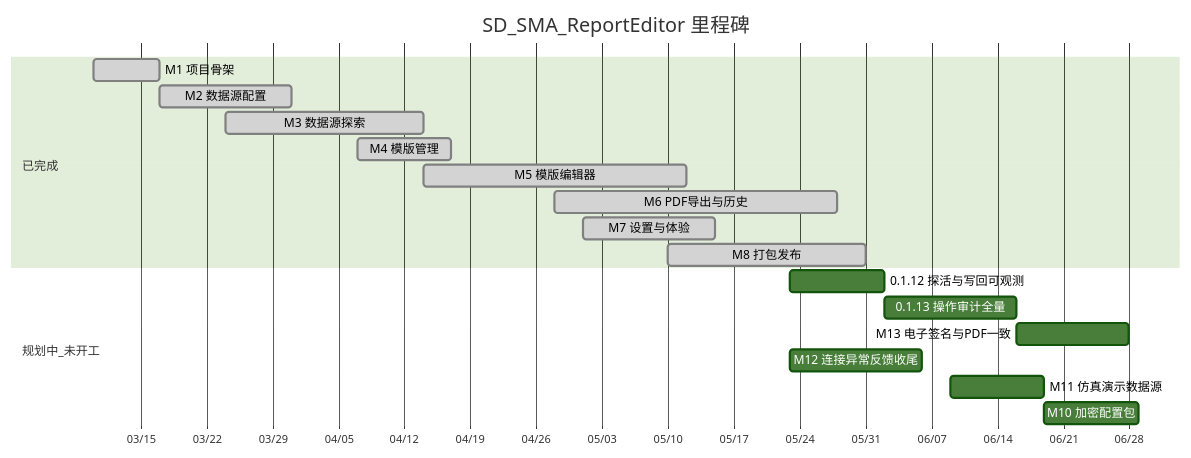
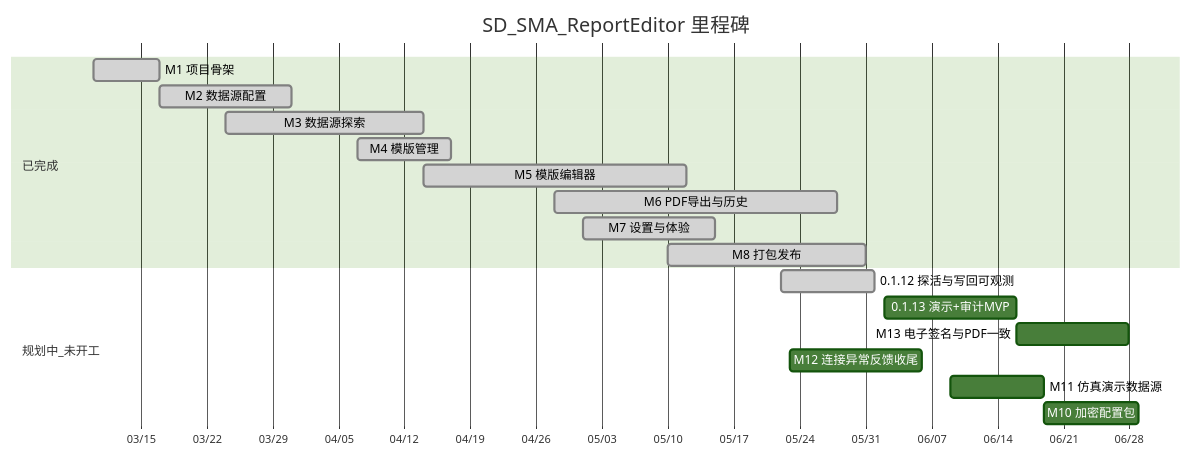
The first of 2 diagrams in _Prj/SD_SMA_ReportEditor/_Doc/002_里程碑与工单.md (cwjwudi/sma_data_collector), drawn with Mermaid (forest theme) before and after one commit. The commit also changed other lines of this file and 38 other files, not shown here.

````diff
--- a/_Prj/SD_SMA_ReportEditor/_Doc/002_里程碑与工单.md
+++ b/_Prj/SD_SMA_ReportEditor/_Doc/002_里程碑与工单.md
@@ -85,24 +120,24 @@
 ```mermaid
 gantt
     title SD_SMA_ReportEditor 里程碑
     dateFormat YYYY-MM-DD
     axisFormat %m/%d
 
     section 已完成
     M1 项目骨架           :done, m1, 2026-03-10, 7d
     M2 数据源配置         :done, m2, 2026-03-17, 14d
     M3 数据源探索         :done, m3, 2026-03-24, 21d
     M4 模版管理           :done, m4, 2026-04-07, 10d
     M5 模版编辑器         :done, m5, 2026-04-14, 28d
     M6 PDF导出与历史      :done, m6, 2026-04-28, 30d
     M7 设置与体验         :done, m7, 2026-05-01, 14d
     M8 打包发布           :done, m8, 2026-05-10, 21d
 
     section 规划中_未开工
-    0.1.12 探活与写回可观测 :v112, 2026-05-23, 10d
-    0.1.13 操作审计全量     :v113, 2026-06-02, 14d
+    0.1.12 探活与写回可观测 :done, v112, 2026-05-22, 10d
+    0.1.13 演示+审计MVP      :v113, 2026-06-02, 14d
     M13 电子签名与PDF一致   :m13, 2026-06-16, 12d
     M12 连接异常反馈收尾    :m12, 2026-05-23, 14d
     M11 仿真演示数据源      :m11, 2026-06-09, 10d
     M10 加密配置包          :m10, 2026-06-19, 10d
 ```
````
